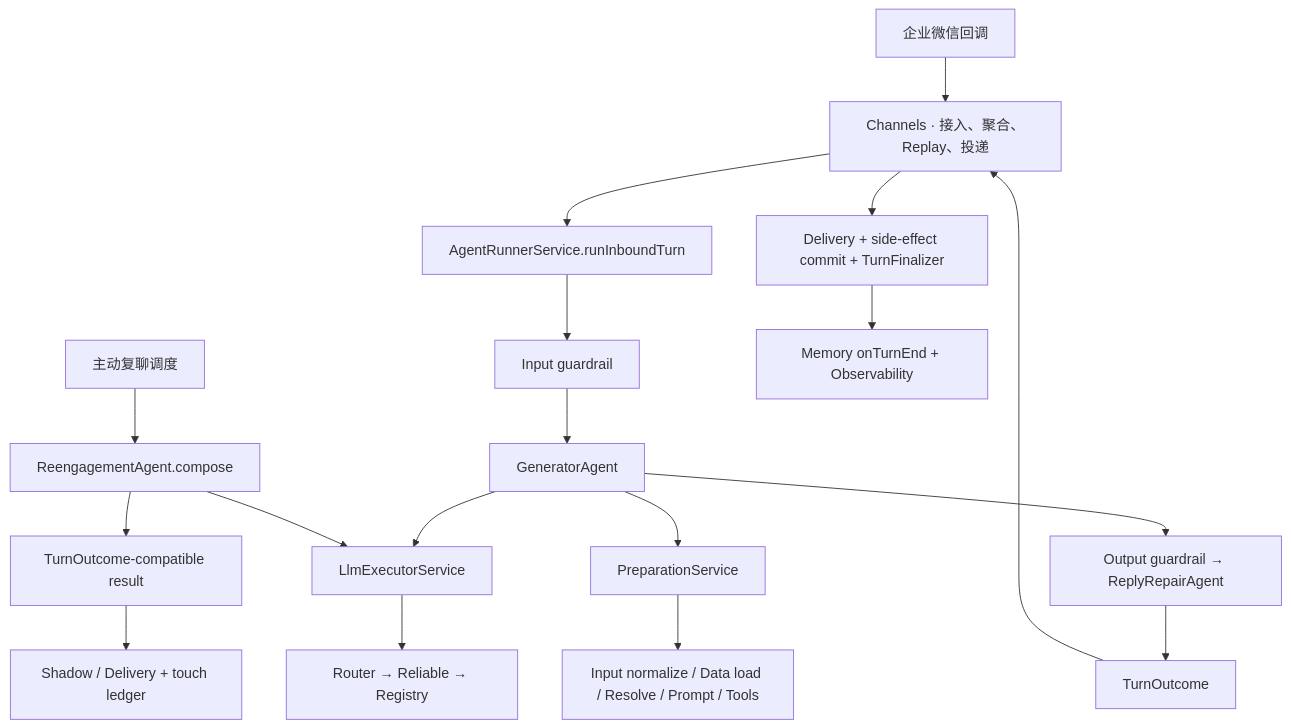
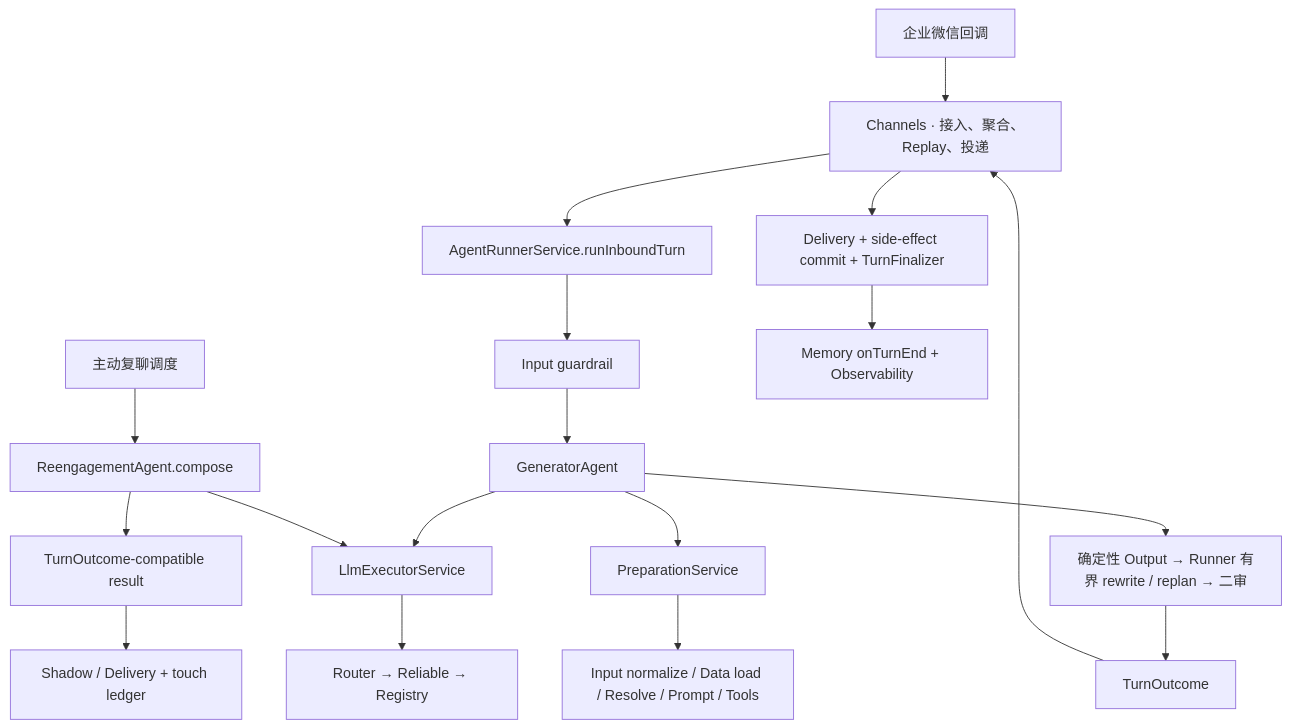
One commit to huajune/cake-agent-runtime changed the diagram in docs/architecture/agent-runtime-architecture.md. Above: the diagram before and after it, drawn with Mermaid. The commit also changed other lines of this file and 199 other files, not shown here.

First line of the commit message:
feat(guardrail,agent,observability): 出站守卫规则化重组 + Runner 三态 outcome + 品牌提及溯源 + 转化分析 RPC 下沉 (#1244)

````diff
--- a/docs/architecture/agent-runtime-architecture.md
+++ b/docs/architecture/agent-runtime-architecture.md
@@ -23,20 +23,20 @@
 ```mermaid
 flowchart TD
     A["企业微信回调"] --> B["Channels · 接入、聚合、Replay、投递"]
     A2["主动复聊调度"] --> R["ReengagementAgent.compose"]
     B --> C
     C["AgentRunnerService.runInboundTurn"] --> D["Input guardrail"]
     D --> E["GeneratorAgent"]
     E --> F["PreparationService"]
     F --> G["Input normalize / Data load / Resolve / Prompt / Tools"]
     E --> H["LlmExecutorService"]
     R --> H
     H --> I["Router → Reliable → Registry"]
-    E --> J["Output guardrail → ReplyRepairAgent"]
+    E --> J["确定性 Output → Runner 有界 rewrite / replan → 二审"]
     J --> K["TurnOutcome"]
     K --> B
     B --> L["Delivery + side-effect commit + TurnFinalizer"]
     L --> M["Memory onTurnEnd + Observability"]
     R --> K2["TurnOutcome-compatible result"]
     K2 --> R2["Shadow / Delivery + touch ledger"]
 ```
````
